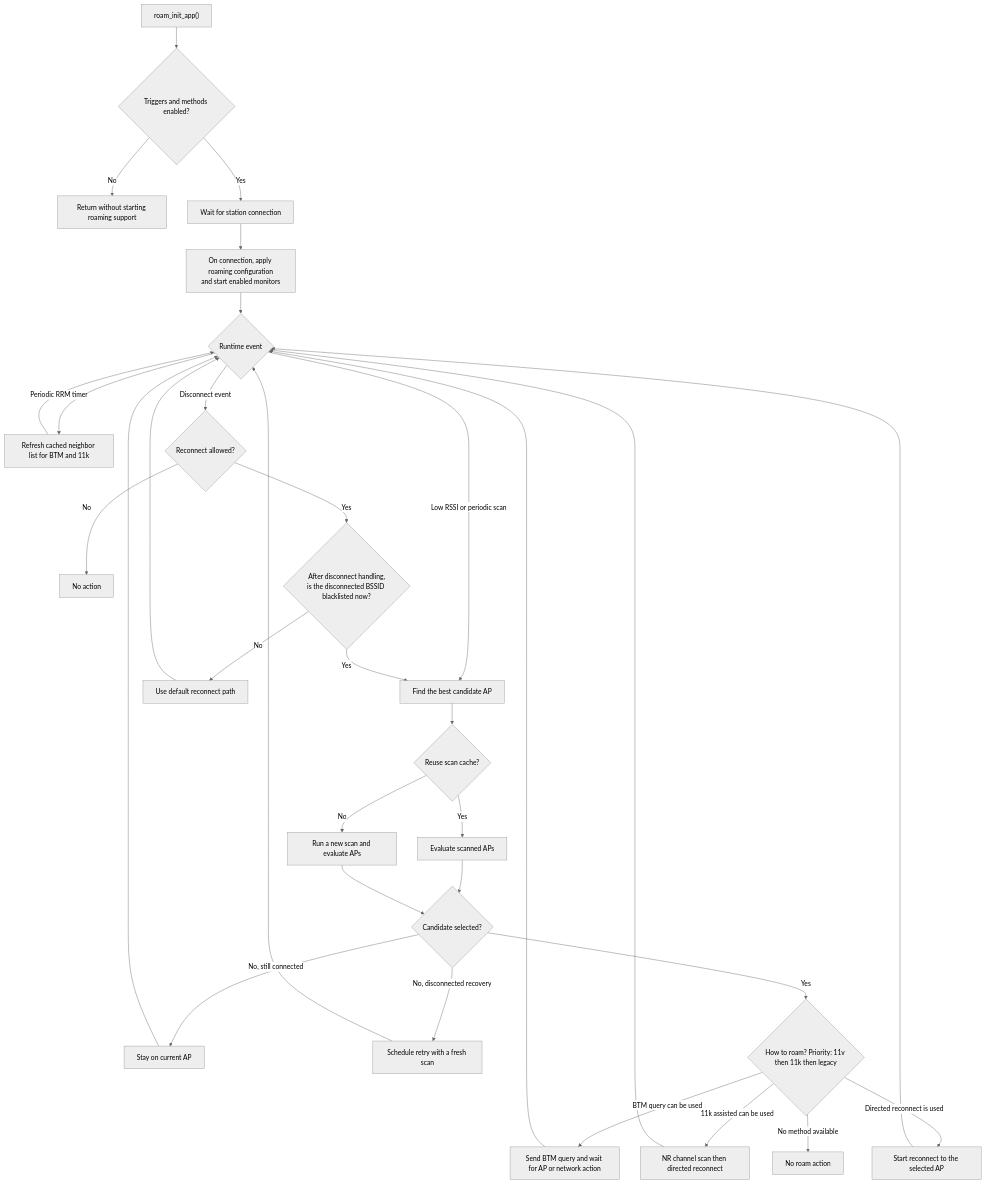
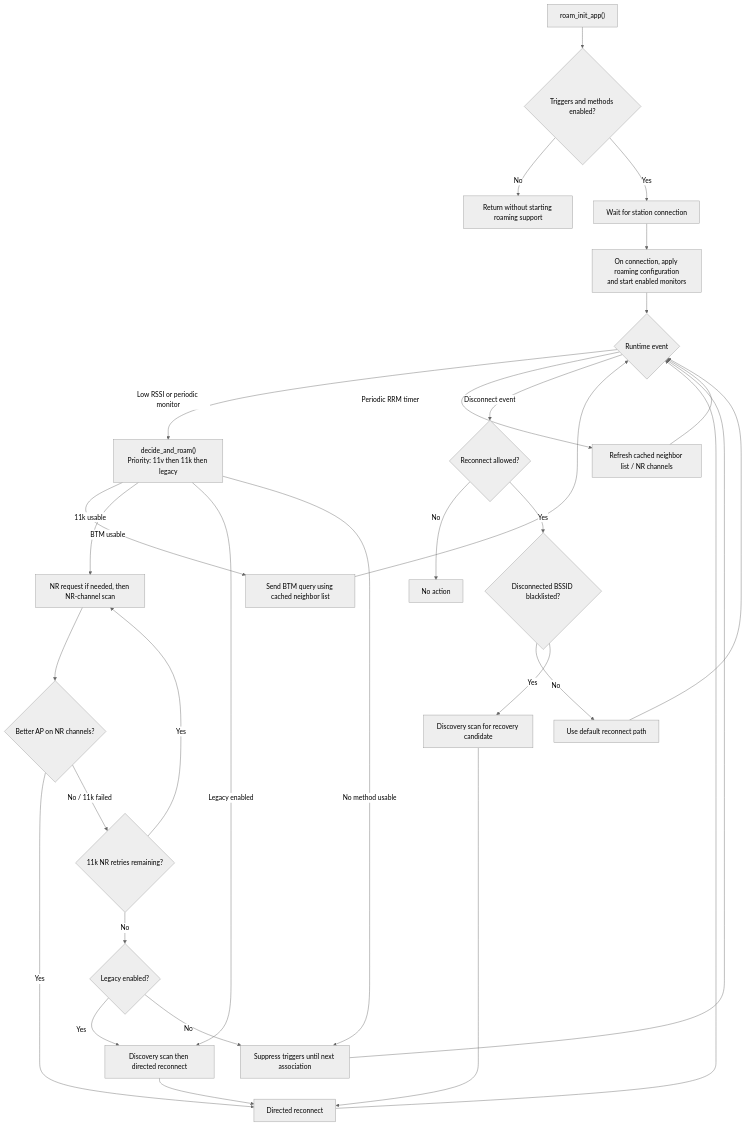
One commit to espressif/esp-idf changed the first of 4 diagrams in components/esp_wifi/wifi_apps/roaming_app/src/ROAMING_FLOW.md. Above: the diagram before and after it, drawn with Mermaid (neutral theme). The commit also changed other lines of this file and 4 other files, not shown here.

First line of the commit message:
feat(roam): Run 11v and 11k without a prior discovery scan

````diff
--- a/components/esp_wifi/wifi_apps/roaming_app/src/ROAMING_FLOW.md
+++ b/components/esp_wifi/wifi_apps/roaming_app/src/ROAMING_FLOW.md
@@ -30,39 +30,38 @@
 ```mermaid
 flowchart TD
     A["roam_init_app()"] --> B{"Triggers and methods enabled?"}
     B -- "No" --> X["Return without starting roaming support"]
     B -- "Yes" --> C["Wait for station connection"]
     C --> D["On connection, apply roaming configuration<br/>and start enabled monitors"]
 
     D --> E{"Runtime event"}
-    E -- "Low RSSI or periodic scan" --> F["Find the best candidate AP"]
-    E -- "Periodic RRM timer" --> G["Refresh cached neighbor list for BTM and 11k"]
+    E -- "Low RSSI or periodic monitor" --> Decide["decide_and_roam()<br/>Priority: 11v then 11k then legacy"]
+    E -- "Periodic RRM timer" --> G["Refresh cached neighbor list / NR channels"]
     G --> E
     E -- "Disconnect event" --> H{"Reconnect allowed?"}
     H -- "No" --> I["No action"]
-    H -- "Yes" --> J{"After disconnect handling,<br/>is the disconnected BSSID blacklisted now?"}
+    H -- "Yes" --> J{"Disconnected BSSID blacklisted?"}
     J -- "No" --> K["Use default reconnect path"]
-    J -- "Yes" --> F
+    J -- "Yes" --> DiscScan["Discovery scan for recovery candidate"]
 
-    F --> L{"Reuse scan cache?"}
-    L -- "Yes" --> M["Evaluate scanned APs"]
-    L -- "No" --> N["Run a new scan and evaluate APs"]
-    M --> O{"Candidate selected?"}
-    N --> O
+    Decide -- "BTM usable" --> S["Send BTM query using cached neighbor list"]
+    Decide -- "11k usable" --> S11k["NR request if needed, then NR-channel scan"]
+    Decide -- "Legacy enabled" --> LegScan["Discovery scan then directed reconnect"]
+    Decide -- "No method usable" --> U["Suppress triggers until next association"]
 
-    O -- "No, still connected" --> P["Stay on current AP"]
-    O -- "No, disconnected recovery" --> Q["Schedule retry with a fresh scan"]
-    O -- "Yes" --> R{"How to roam? Priority: 11v then 11k then legacy"}
+    S11k --> Found11k{"Better AP on NR channels?"}
+    Found11k -- "Yes" --> T["Directed reconnect"]
+    Found11k -- "No / 11k failed" --> Retry11k{"11k NR retries remaining?"}
+    Retry11k -- "Yes" --> S11k
+    Retry11k -- "No" --> LegOrStop{"Legacy enabled?"}
+    LegOrStop -- "Yes" --> LegScan
+    LegOrStop -- "No" --> U
 
-    R -- "BTM query can be used" --> S["Send BTM query and wait for AP or network action"]
-    R -- "11k assisted can be used" --> S11k["NR channel scan then directed reconnect"]
-    R -- "Directed reconnect is used" --> T["Start reconnect to the selected AP"]
-    R -- "No method available" --> U["No roam action"]
+    DiscScan --> T
+    LegScan --> T
 
-    P --> E
-    Q --> E
     S --> E
-    S11k --> E
     T --> E
     K --> E
+    U --> E
 ```
````
